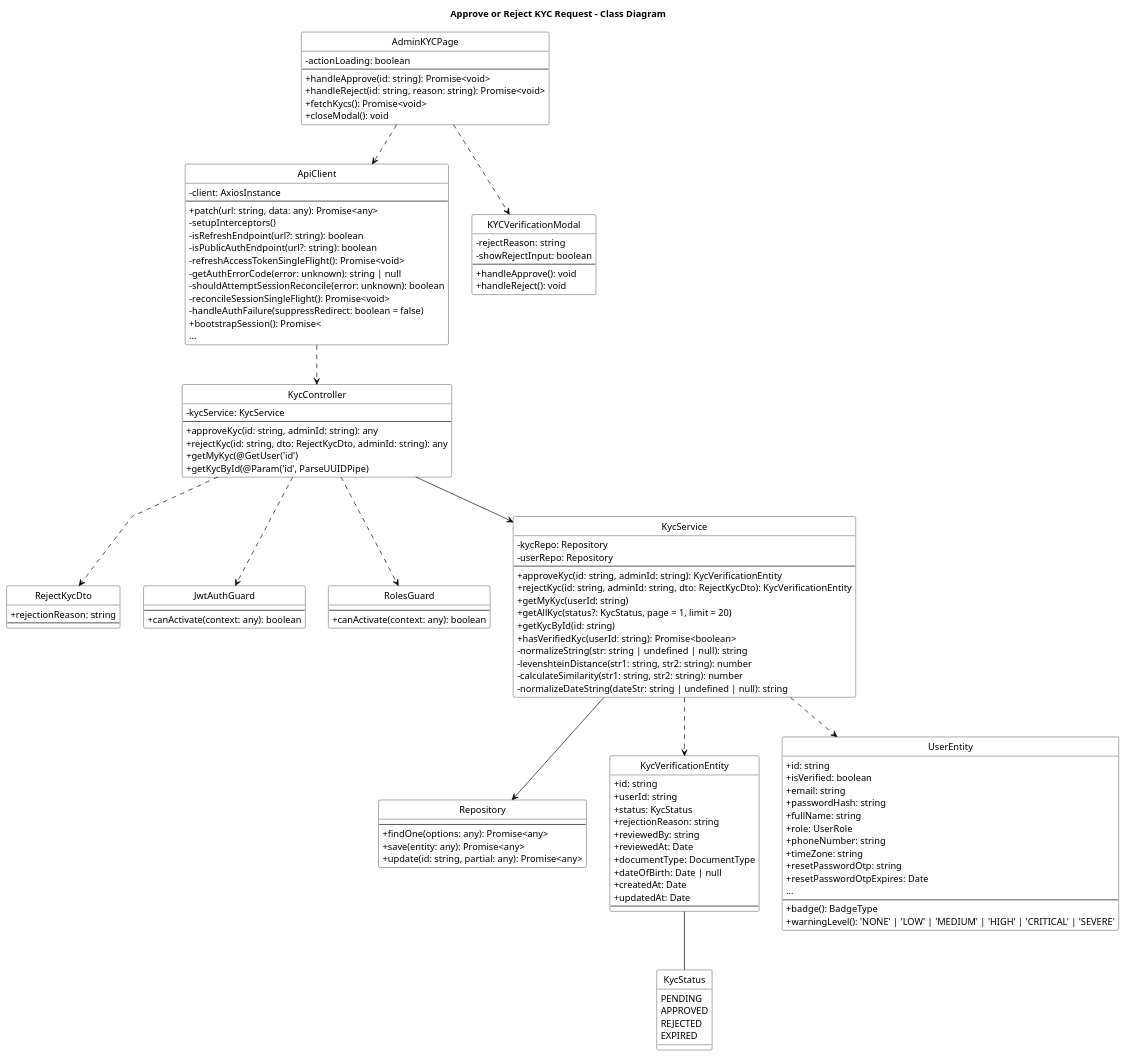
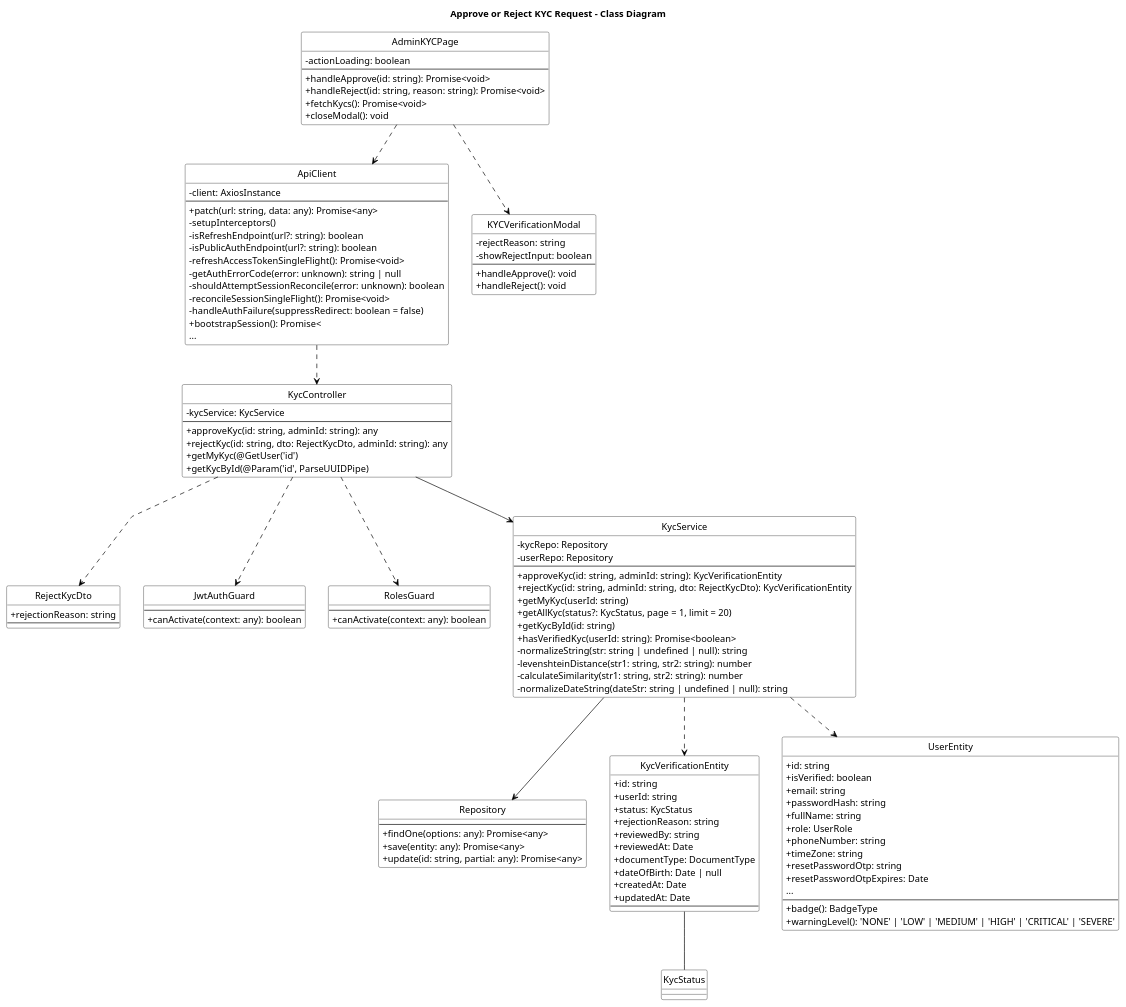
One commit to bangdcce/SEP492-Project changed the diagram in diagram/class_diagrams/approve_reject_kyc_request_class_diagram_compact.puml. Above: the diagram before and after it, drawn with PlantUML. The commit also changed 40 other files, not shown here.

```diff
--- a/diagram/class_diagrams/approve_reject_kyc_request_class_diagram_compact.puml
+++ b/diagram/class_diagrams/approve_reject_kyc_request_class_diagram_compact.puml
@@ -1,147 +1,141 @@
 @startuml Approve_Reject_KYC_Request_Class_Diagram
 title Approve or Reject KYC Request - Class Diagram
 skinparam backgroundColor white
 skinparam monochrome true
 skinparam defaultFontColor black
 skinparam ArrowColor black
 skinparam classBorderColor black
 skinparam classFontColor black
 skinparam classBackgroundColor white
 skinparam stereotypeFontColor black
 skinparam linetype polyline
 skinparam classAttributeIconSize 0
 hide circle
 
 skinparam classHeaderBackgroundColor white
 skinparam classHeaderFontColor black
 
 class RejectKycDto {
     + rejectionReason: string
     --
 }
 
 class ApiClient {
     - client: AxiosInstance
     --
     + patch(url: string, data: any): Promise<any>
     - setupInterceptors()
     - isRefreshEndpoint(url?: string): boolean
     - isPublicAuthEndpoint(url?: string): boolean
     - refreshAccessTokenSingleFlight(): Promise<void>
     - getAuthErrorCode(error: unknown): string | null
     - shouldAttemptSessionReconcile(error: unknown): boolean
     - reconcileSessionSingleFlight(): Promise<void>
     - handleAuthFailure(suppressRedirect: boolean = false)
     + bootstrapSession(): Promise<
     ...
 }
 
 class AdminKYCPage {
     - actionLoading: boolean
     --
     + handleApprove(id: string): Promise<void>
     + handleReject(id: string, reason: string): Promise<void>
     + fetchKycs(): Promise<void>
     + closeModal(): void
 }
 
 class KYCVerificationModal {
     - rejectReason: string
     - showRejectInput: boolean
     --
     + handleApprove(): void
     + handleReject(): void
 }
 
 class JwtAuthGuard {
     --
     + canActivate(context: any): boolean
 }
 
 class RolesGuard {
     --
     + canActivate(context: any): boolean
 }
 
 class KycController {
     - kycService: KycService
     --
     + approveKyc(id: string, adminId: string): any
     + rejectKyc(id: string, dto: RejectKycDto, adminId: string): any
     + getMyKyc(@GetUser('id')
     + getKycById(@Param('id', ParseUUIDPipe)
 }
 
 class Repository {
     --
     + findOne(options: any): Promise<any>
     + save(entity: any): Promise<any>
     + update(id: string, partial: any): Promise<any>
 }
 
 class KycService {
     - kycRepo: Repository
     - userRepo: Repository
     --
     + approveKyc(id: string, adminId: string): KycVerificationEntity
     + rejectKyc(id: string, adminId: string, dto: RejectKycDto): KycVerificationEntity
     + getMyKyc(userId: string)
     + getAllKyc(status?: KycStatus, page = 1, limit = 20)
     + getKycById(id: string)
     + hasVerifiedKyc(userId: string): Promise<boolean>
     - normalizeString(str: string | undefined | null): string
     - levenshteinDistance(str1: string, str2: string): number
     - calculateSimilarity(str1: string, str2: string): number
     - normalizeDateString(dateStr: string | undefined | null): string
 }
 
-enum KycStatus {
-    PENDING
-    APPROVED
-    REJECTED
-    EXPIRED
-}
 
 class KycVerificationEntity {
     + id: string
     + userId: string
     + status: KycStatus
     + rejectionReason: string
     + reviewedBy: string
     + reviewedAt: Date
     + documentType: DocumentType
     + dateOfBirth: Date | null
     + createdAt: Date
     + updatedAt: Date
     --
 }
 
 class UserEntity {
     + id: string
     + isVerified: boolean
     + email: string
     + passwordHash: string
     + fullName: string
     + role: UserRole
     + phoneNumber: string
     + timeZone: string
     + resetPasswordOtp: string
     + resetPasswordOtpExpires: Date
     ...
     --
     + badge(): BadgeType
     + warningLevel(): 'NONE' | 'LOW' | 'MEDIUM' | 'HIGH' | 'CRITICAL' | 'SEVERE'
 }
 
 AdminKYCPage ..> KYCVerificationModal
 AdminKYCPage ..> ApiClient
 ApiClient ..> KycController
 KycController ..> JwtAuthGuard
 KycController ..> RolesGuard
 KycController --> KycService
 KycController ..> RejectKycDto
 KycService --> Repository
 KycService ..> KycVerificationEntity
 KycService ..> UserEntity
 KycVerificationEntity -- KycStatus
 @enduml
```
